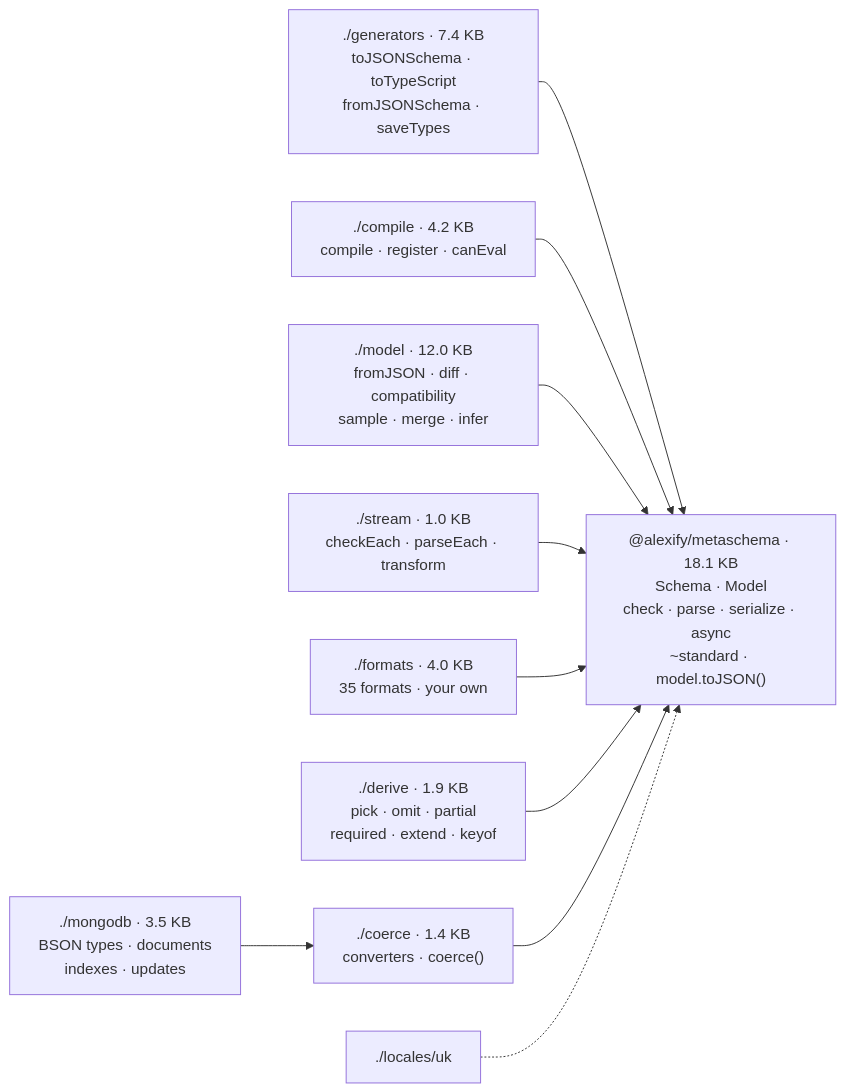
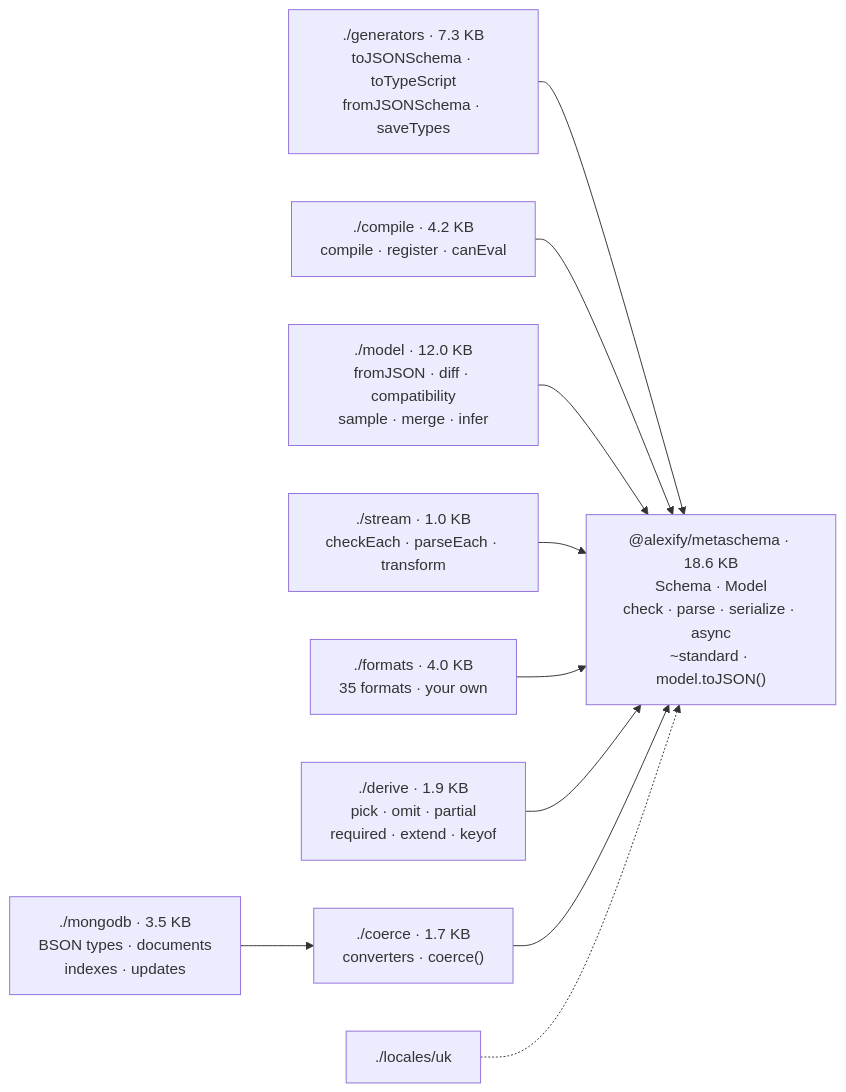
The second of 9 diagrams in docs/guide/architecture.md (Alexis-Technologies/metaschema), drawn with Mermaid before and after one commit. The commit also changed 14 other files, not shown here.

````diff
--- a/docs/guide/architecture.md
+++ b/docs/guide/architecture.md
@@ -38,13 +38,13 @@
 ```mermaid
 flowchart LR
-    GEN["./generators · 7.4 KB<br/>toJSONSchema · toTypeScript<br/>fromJSONSchema · saveTypes"] --> CORE
+    GEN["./generators · 7.3 KB<br/>toJSONSchema · toTypeScript<br/>fromJSONSchema · saveTypes"] --> CORE
     COMP["./compile · 4.2 KB<br/>compile · register · canEval"] --> CORE
     MOD["./model · 12.0 KB<br/>fromJSON · diff · compatibility<br/>sample · merge · infer"] --> CORE
     STR["./stream · 1.0 KB<br/>checkEach · parseEach · transform"] --> CORE
     FMT["./formats · 4.0 KB<br/>35 formats · your own"] --> CORE
     DER["./derive · 1.9 KB<br/>pick · omit · partial<br/>required · extend · keyof"] --> CORE
-    COE["./coerce · 1.4 KB<br/>converters · coerce()"] --> CORE
+    COE["./coerce · 1.7 KB<br/>converters · coerce()"] --> CORE
     MDB["./mongodb · 3.5 KB<br/>BSON types · documents<br/>indexes · updates"] --> COE
     LOC["./locales/uk"] -.-> CORE
-    CORE["@alexify/metaschema · 18.1 KB<br/>Schema · Model<br/>check · parse · serialize · async<br/>~standard · model.toJSON()"]
+    CORE["@alexify/metaschema · 18.6 KB<br/>Schema · Model<br/>check · parse · serialize · async<br/>~standard · model.toJSON()"]
 ```
````
